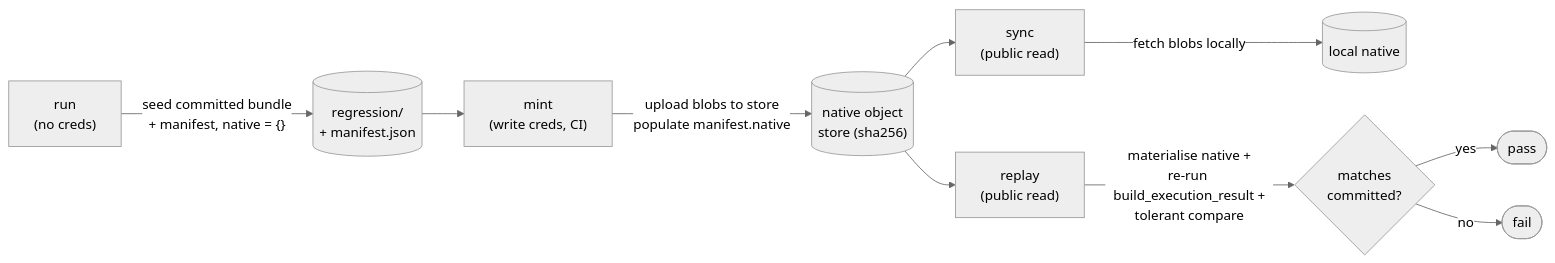
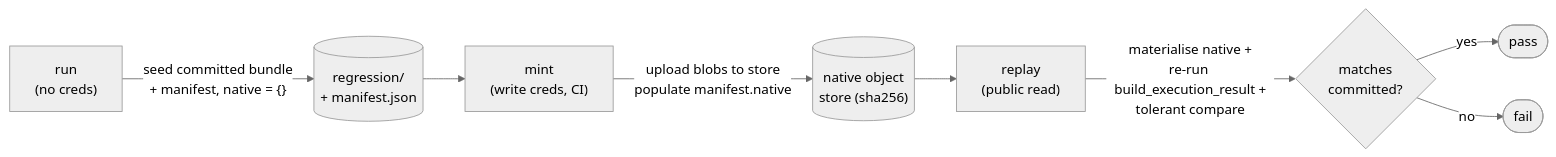
Before and after one commit to Climate-REF/climate-ref: the first of 2 diagrams in docs/background/regression-baselines.md, drawn with Mermaid (neutral theme). The commit also changed other lines of this file and 11 other files, not shown here.

````diff
--- a/docs/background/regression-baselines.md
+++ b/docs/background/regression-baselines.md
@@ -56,12 +56,10 @@
 ```mermaid
 flowchart LR
     run["run<br/>(no creds)"] -->|"seed committed bundle<br/>+ manifest, native = {}"| repo[("regression/<br/>+ manifest.json")]
     repo --> mint["mint<br/>(write creds, CI)"]
     mint -->|"upload blobs to store<br/>populate manifest.native"| store[("native object<br/>store (sha256)")]
-    store --> sync["sync<br/>(public read)"]
     store --> replay["replay<br/>(public read)"]
-    sync -->|"fetch blobs locally"| local[(local native)]
     replay -->|"materialise native +<br/>re-run build_execution_result +<br/>tolerant compare"| verdict{matches<br/>committed?}
     verdict -->|yes| ok([pass])
     verdict -->|no| bad([fail])
 ```
````
